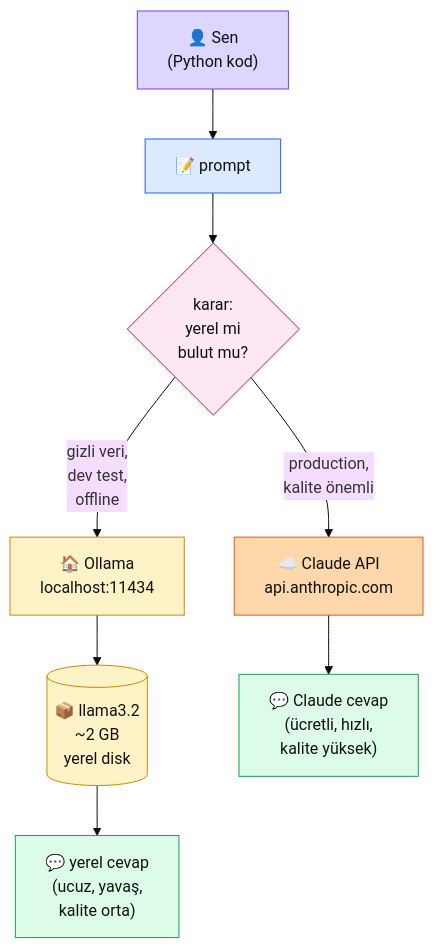
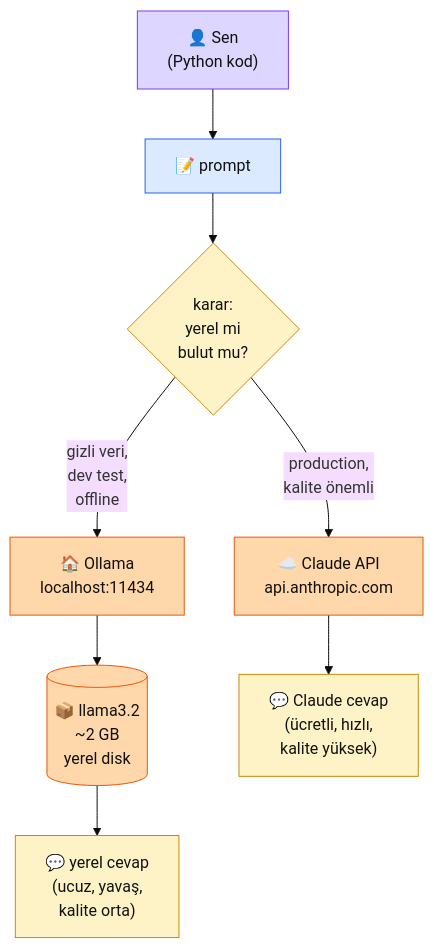
One commit to KemalG-u/muhendisal-platform changed the diagram in docs/bolum-0/03-ollama.md. Above: the diagram before and after it, drawn with Mermaid (base theme). The commit also changed other lines of this file and 4 other files, not shown here.

````diff
--- a/docs/bolum-0/03-ollama.md
+++ b/docs/bolum-0/03-ollama.md
@@ -38,30 +39,27 @@
 ```mermaid
 flowchart TB
   USR["👤 Sen\n(Python kod)"]
   PROMPT["📝 prompt"]
   FORK{karar:\nyerel mi\nbulut mu?}
   OLLAMA["🏠 Ollama\nlocalhost:11434"]
   MODEL[("📦 llama3.2\n~2 GB\nyerel disk")]
   LOCAL_OUT["💬 yerel cevap\n(ucuz, yavaş,\nkalite orta)"]
   CLAUDE["☁️ Claude API\napi.anthropic.com"]
   CLOUD_OUT["💬 Claude cevap\n(ücretli, hızlı,\nkalite yüksek)"]
 
   USR --> PROMPT --> FORK
   FORK -->|gizli veri,\ndev test,\noffline| OLLAMA
   FORK -->|production,\nkalite önemli| CLAUDE
   OLLAMA --> MODEL --> LOCAL_OUT
   CLAUDE --> CLOUD_OUT
 
   classDef usr fill:#ddd6fe,stroke:#7c3aed,color:#111
-  classDef veri fill:#dbeafe,stroke:#2563eb,color:#111
-  classDef karar fill:#fce7f3,stroke:#be185d,color:#111
-  classDef yerel fill:#fef3c7,stroke:#ca8a04,color:#111
-  classDef bulut fill:#fed7aa,stroke:#ea580c,color:#111
-  classDef out fill:#dcfce7,stroke:#16a34a,color:#111
+  classDef sys fill:#dbeafe,stroke:#2563eb,color:#111
+  classDef yan fill:#fef3c7,stroke:#ca8a04,color:#111
+  classDef srv fill:#fed7aa,stroke:#ea580c,color:#111
   class USR usr
-  class PROMPT veri
-  class FORK karar
-  class OLLAMA,MODEL yerel
-  class CLAUDE bulut
-  class LOCAL_OUT,CLOUD_OUT out
+  class PROMPT sys
+  class FORK yan
+  class OLLAMA,MODEL,CLAUDE srv
+  class LOCAL_OUT,CLOUD_OUT yan
 ```
````
